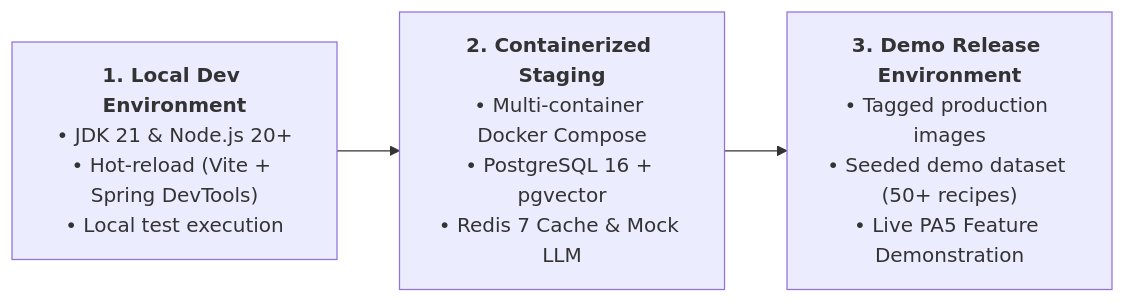
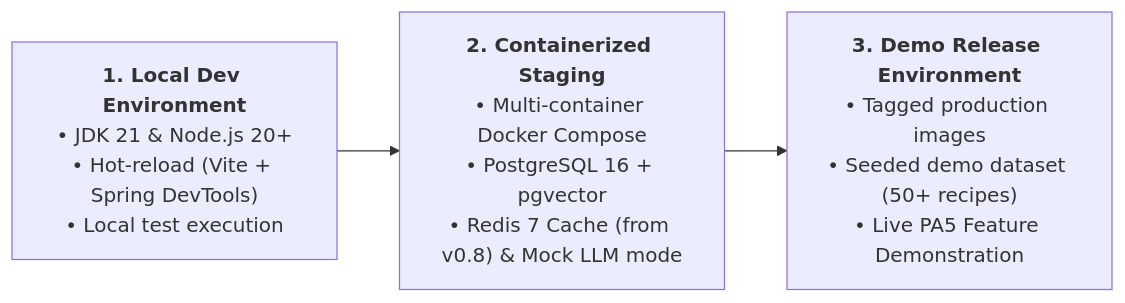
The sixth of 6 diagrams in docs/management/project-plan.md (ThanhDu14/WikiCook), drawn with Mermaid before and after one commit. The commit also changed other lines of this file and 1 other file, not shown here.

````diff
--- a/docs/management/project-plan.md
+++ b/docs/management/project-plan.md
@@ -594,5 +600,5 @@
 ```mermaid
 flowchart LR
-    DEV["<b>1. Local Dev Environment</b><br/>• JDK 21 & Node.js 20+<br/>• Hot-reload (Vite + Spring DevTools)<br/>• Local test execution"] --> STG["<b>2. Containerized Staging</b><br/>• Multi-container Docker Compose<br/>• PostgreSQL 16 + pgvector<br/>• Redis 7 Cache & Mock LLM"]
+    DEV["<b>1. Local Dev Environment</b><br/>• JDK 21 & Node.js 20+<br/>• Hot-reload (Vite + Spring DevTools)<br/>• Local test execution"] --> STG["<b>2. Containerized Staging</b><br/>• Multi-container Docker Compose<br/>• PostgreSQL 16 + pgvector<br/>• Redis 7 Cache (from v0.8) & Mock LLM mode"]
     STG --> PROD["<b>3. Demo Release Environment</b><br/>• Tagged production images<br/>• Seeded demo dataset (50+ recipes)<br/>• Live PA5 Feature Demonstration"]
 ```
````
